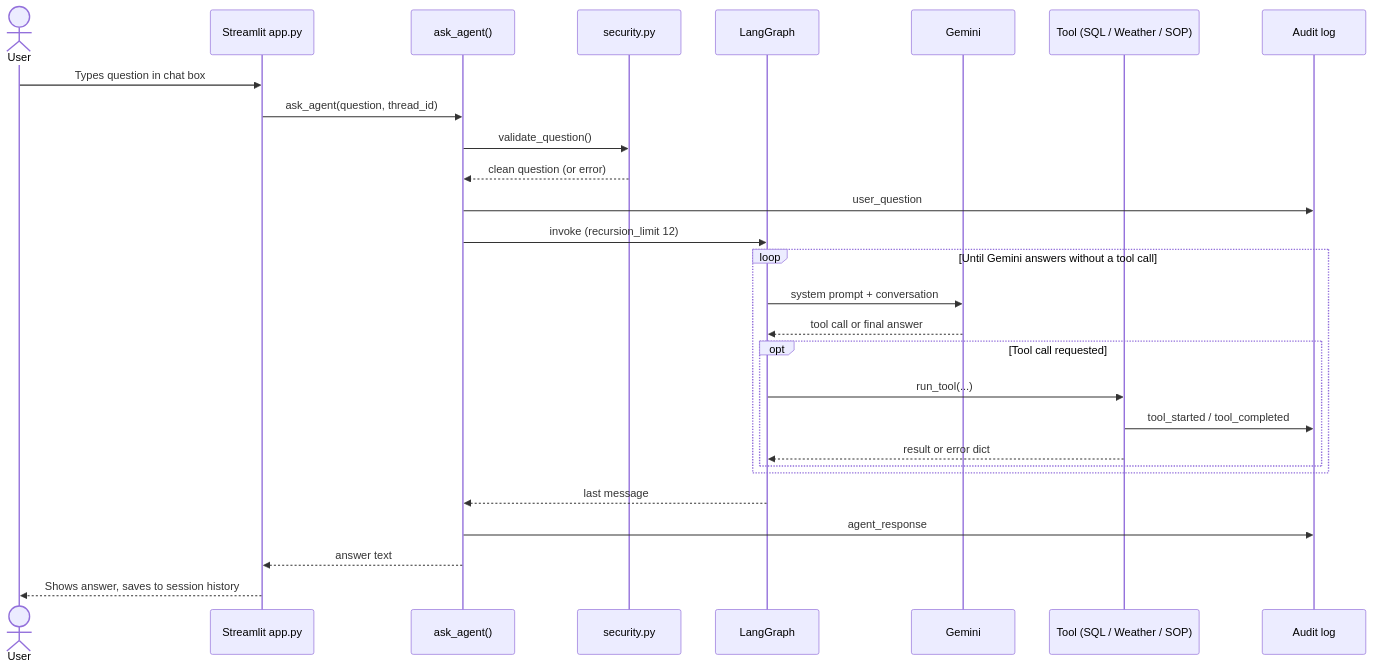
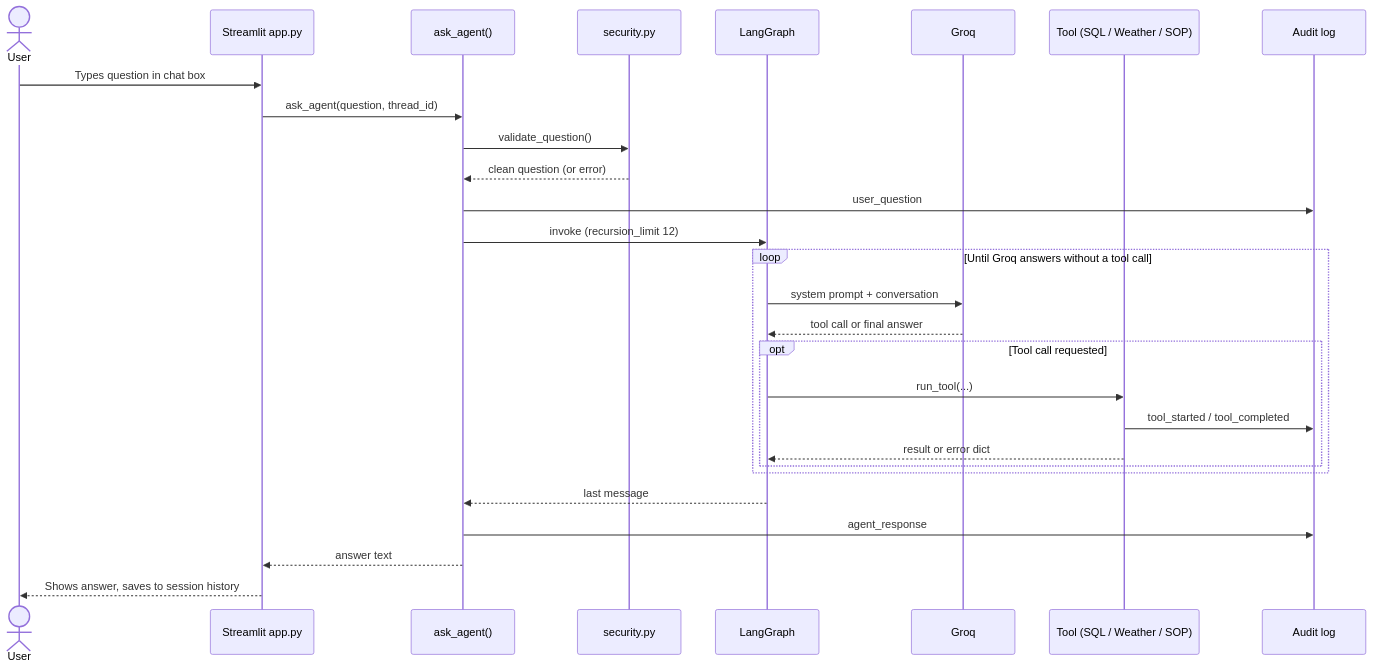
One commit to Nagendrakumarkv/FDE_COLD_CHAIN_AI changed the second of 8 diagrams in context/workflow.md. Above: the diagram before and after it, drawn with Mermaid. The commit also changed other lines of this file and 19 other files, not shown here.

````diff
--- a/context/workflow.md
+++ b/context/workflow.md
@@ -25,31 +25,31 @@
 ```mermaid
 sequenceDiagram
     actor User
     participant UI as Streamlit app.py
     participant Agent as ask_agent()
     participant Sec as security.py
     participant G as LangGraph
-    participant LLM as Gemini
+    participant LLM as Groq
     participant Tool as Tool (SQL / Weather / SOP)
     participant Log as Audit log
 
     User->>UI: Types question in chat box
     UI->>Agent: ask_agent(question, thread_id)
     Agent->>Sec: validate_question()
     Sec-->>Agent: clean question (or error)
     Agent->>Log: user_question
     Agent->>G: invoke (recursion_limit 12)
-    loop Until Gemini answers without a tool call
+    loop Until Groq answers without a tool call
         G->>LLM: system prompt + conversation
         LLM-->>G: tool call or final answer
         opt Tool call requested
             G->>Tool: run_tool(...)
             Tool->>Log: tool_started / tool_completed
             Tool-->>G: result or error dict
         end
     end
     G-->>Agent: last message
     Agent->>Log: agent_response
     Agent-->>UI: answer text
     UI-->>User: Shows answer, saves to session history
 ```
````
